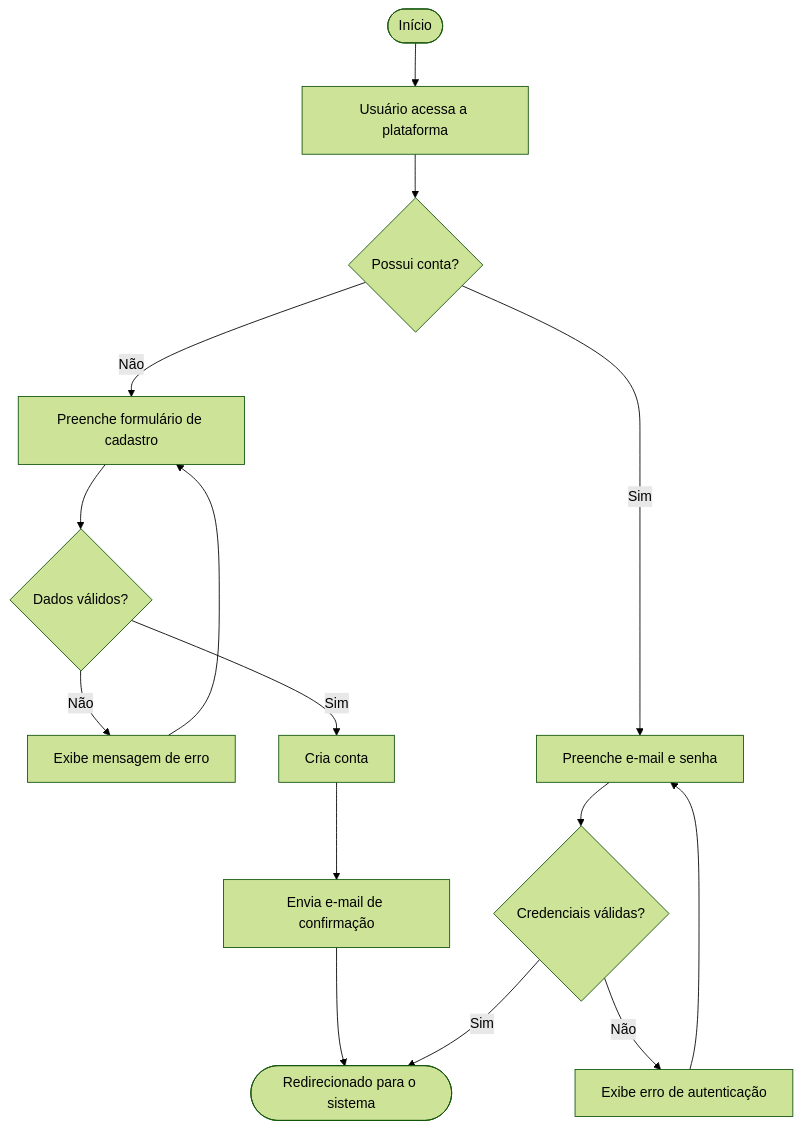
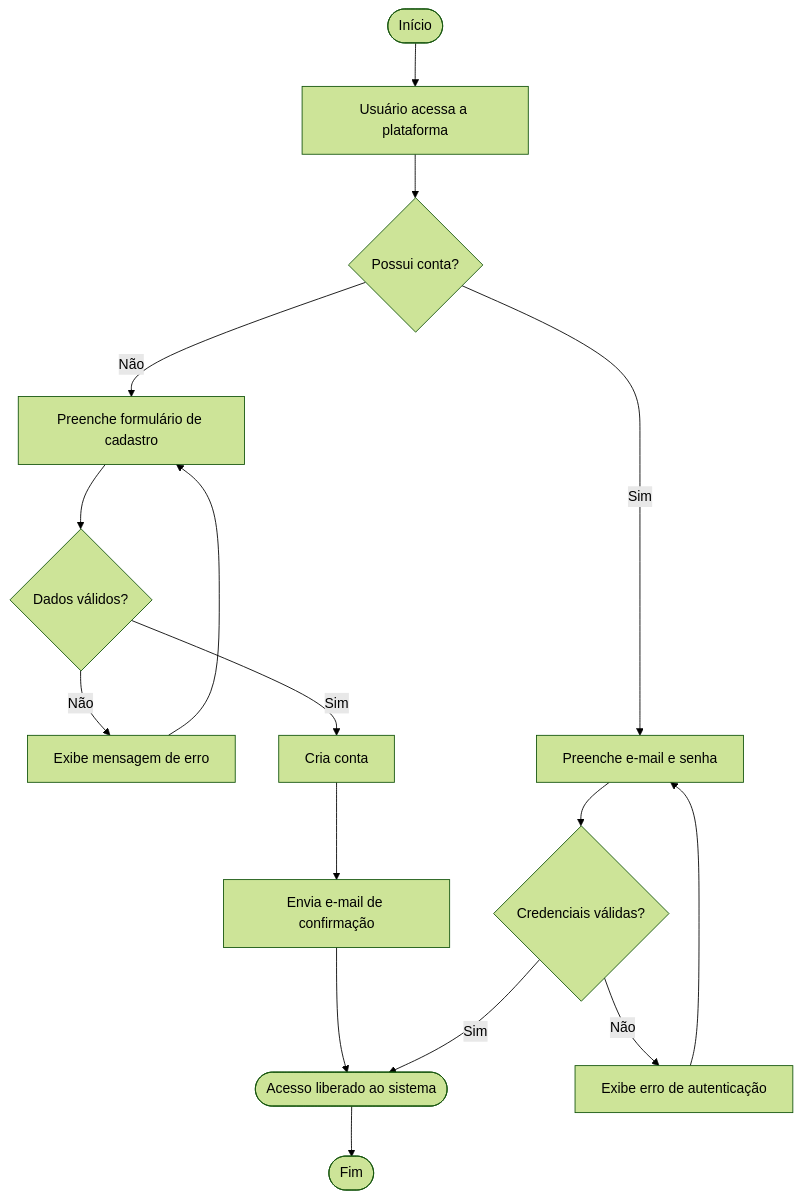
Before and after one commit to JGTamanini/C4Diagrams: the first of 10 diagrams in RFC/capitulo-3/3.1-fluxos-e-comportamento.md, drawn with Mermaid (forest theme). The commit also changed other lines of this file and 4 other files, not shown here.

````diff
--- a/RFC/capitulo-3/3.1-fluxos-e-comportamento.md
+++ b/RFC/capitulo-3/3.1-fluxos-e-comportamento.md
@@ -13,19 +13,21 @@
 ```mermaid
 flowchart TD
     A([Início]) --> B[Usuário acessa a plataforma]
     B --> C{Possui conta?}
- 
+
     C -->|Não| D[Preenche formulário de cadastro]
     D --> E{Dados válidos?}
     E -->|Não| F[Exibe mensagem de erro]
     F --> D
     E -->|Sim| G[Cria conta]
     G --> H[Envia e-mail de confirmação]
-    H --> I([Redirecionado para o sistema])
- 
+    H --> I([Acesso liberado ao sistema])
+
     C -->|Sim| J[Preenche e-mail e senha]
     J --> K{Credenciais válidas?}
     K -->|Sim| I
     K -->|Não| L[Exibe erro de autenticação]
     L --> J
+
+    I --> Z([Fim])
 ```
````
